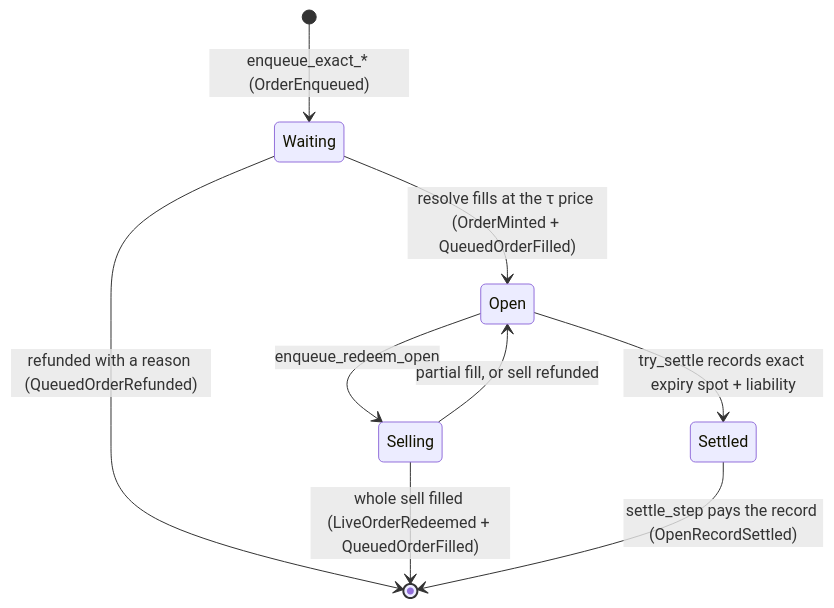
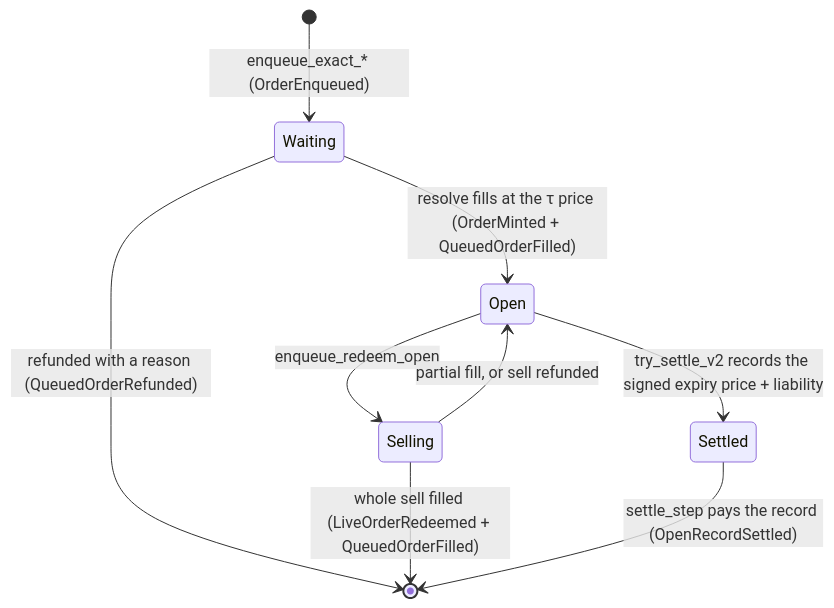
One commit to MystenLabs/deepbookv3 changed the second of 2 diagrams in packages/predict/docs/concepts/markets-and-positions.md. Above: the diagram before and after it, drawn with Mermaid. The commit also changed other lines of this file and 18 other files, not shown here.

````diff
--- a/packages/predict/docs/concepts/markets-and-positions.md
+++ b/packages/predict/docs/concepts/markets-and-positions.md
@@ -88,11 +89,11 @@
 ```mermaid
 stateDiagram-v2
   [*] --> Waiting: enqueue_exact_* (OrderEnqueued)
   Waiting --> Open: resolve fills at the τ price (OrderMinted + QueuedOrderFilled)
   Waiting --> [*]: refunded with a reason (QueuedOrderRefunded)
   Open --> Selling: enqueue_redeem_open
   Selling --> Open: partial fill, or sell refunded
   Selling --> [*]: whole sell filled (LiveOrderRedeemed + QueuedOrderFilled)
-  Open --> Settled: try_settle records exact expiry spot + liability
+  Open --> Settled: try_settle_v2 records the signed expiry price + liability
   Settled --> [*]: settle_step pays the record (OpenRecordSettled)
 ```
````
